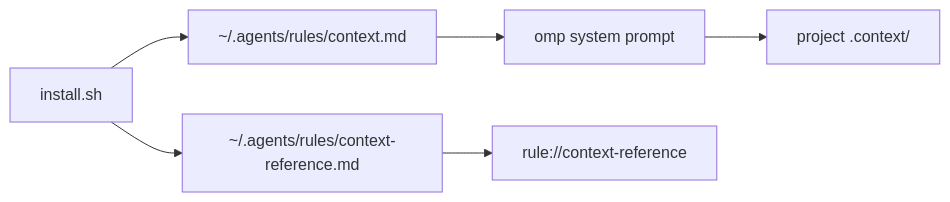
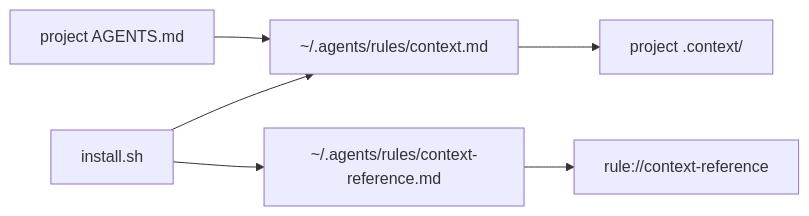
Before and after one commit to xfp-881643/context: the diagram in .context/ARCHITECTURE.md, drawn with Mermaid. The commit also changed other lines of this file and 15 other files, not shown here.

First line of the commit message:
feat(context)!: make rules project opt-in

````diff
--- a/.context/ARCHITECTURE.md
+++ b/.context/ARCHITECTURE.md
@@ -9,8 +9,8 @@
 ```mermaid
 flowchart LR
   A[install.sh] --> B[~/.agents/rules/context.md]
   A --> C[~/.agents/rules/context-reference.md]
-  B --> D[omp system prompt]
+  G[project AGENTS.md] --> B
   C --> E[rule://context-reference]
-  D --> F[project .context/]
+  B --> F[project .context/]
 ```
````
